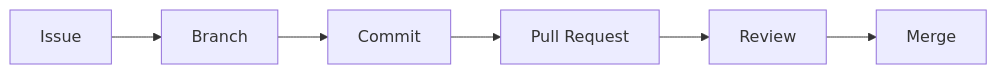
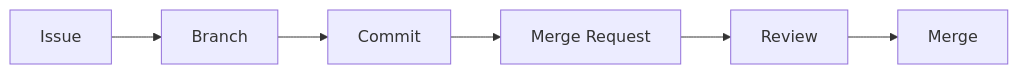
The eighth of 11 diagrams in Part 1/book.md (RayWP/training-uajy), drawn with Mermaid before and after one commit. The commit also changed other lines of this file and 5 other files, not shown here.

````diff
--- a/Part 1/book.md
+++ b/Part 1/book.md
@@ -854,8 +868,8 @@
 ```mermaid
 flowchart LR
   I[Issue] --> B[Branch]
   B --> C[Commit]
-  C --> P[Pull Request]
-  P --> R[Review]
-  R --> M[Merge]
+  C --> MR[Merge Request]
+  MR --> R[Review]
+  R --> MRG[Merge]
 ```
````
